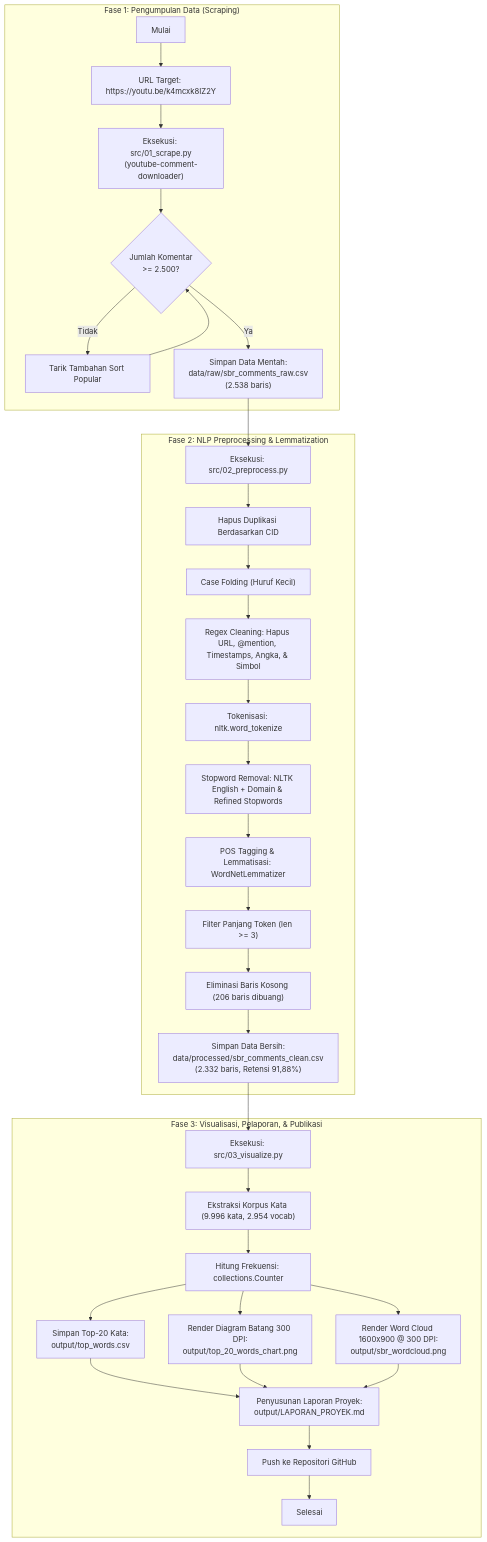
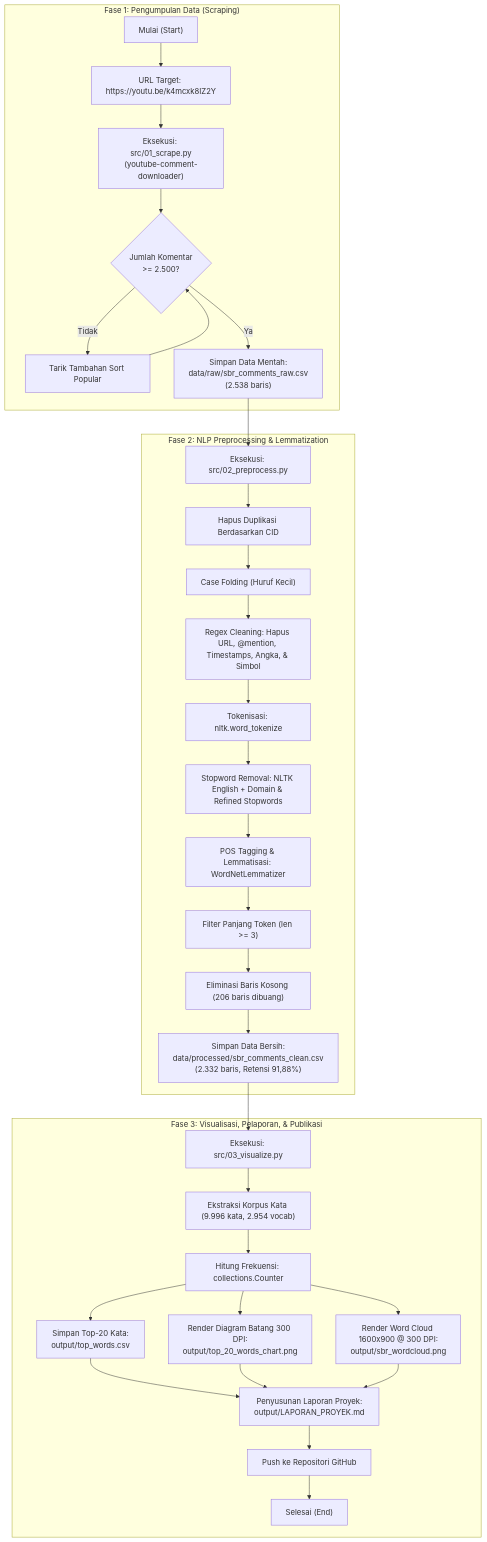
One commit to hamsigma/sbr-jojo-ytb-text-mining changed the second of 2 diagrams in output/LAPORAN_PROYEK.md. Above: the diagram before and after it, drawn with Mermaid. The commit also changed other lines of this file, not shown here.

````diff
--- a/output/LAPORAN_PROYEK.md
+++ b/output/LAPORAN_PROYEK.md
@@ -49,36 +104,36 @@
 ```mermaid
 flowchart TD
     subgraph Fase1 ["Fase 1: Pengumpulan Data (Scraping)"]
-        A["Mulai"] --> B["URL Target: https://youtu.be/k4mcxk8IZ2Y"]
+        A["Mulai (Start)"] --> B["URL Target: https://youtu.be/k4mcxk8IZ2Y"]
         B --> C["Eksekusi: src/01_scrape.py<br/>(youtube-comment-downloader)"]
         C --> D{"Jumlah Komentar<br/>>= 2.500?"}
         D -- "Tidak" --> C2["Tarik Tambahan Sort Popular"]
         C2 --> D
         D -- "Ya" --> E["Simpan Data Mentah:<br/>data/raw/sbr_comments_raw.csv<br/>(2.538 baris)"]
     end
 
     subgraph Fase2 ["Fase 2: NLP Preprocessing & Lemmatization"]
         E --> F["Eksekusi: src/02_preprocess.py"]
         F --> G["Hapus Duplikasi Berdasarkan CID"]
         G --> H["Case Folding (Huruf Kecil)"]
         H --> I["Regex Cleaning: Hapus URL, @mention, Timestamps, Angka, & Simbol"]
         I --> J["Tokenisasi: nltk.word_tokenize"]
         J --> K["Stopword Removal: NLTK English + Domain & Refined Stopwords"]
         K --> L["POS Tagging & Lemmatisasi: WordNetLemmatizer"]
         L --> M["Filter Panjang Token (len >= 3)"]
         M --> N["Eliminasi Baris Kosong (206 baris dibuang)"]
         N --> O["Simpan Data Bersih:<br/>data/processed/sbr_comments_clean.csv<br/>(2.332 baris, Retensi 91,88%)"]
     end
 
     subgraph Fase3 ["Fase 3: Visualisasi, Pelaporan, & Publikasi"]
         O --> P["Eksekusi: src/03_visualize.py"]
         P --> Q["Ekstraksi Korpus Kata (9.996 kata, 2.954 vocab)"]
         Q --> R["Hitung Frekuensi: collections.Counter"]
         R --> S["Simpan Top-20 Kata:<br/>output/top_words.csv"]
         R --> T["Render Diagram Batang 300 DPI:<br/>output/top_20_words_chart.png"]
         R --> U["Render Word Cloud 1600x900 @ 300 DPI:<br/>output/sbr_wordcloud.png"]
         S & T & U --> V["Penyusunan Laporan Proyek:<br/>output/LAPORAN_PROYEK.md"]
         V --> W["Push ke Repositori GitHub"]
-        W --> X["Selesai"]
+        W --> X["Selesai (End)"]
     end
 ```
````
